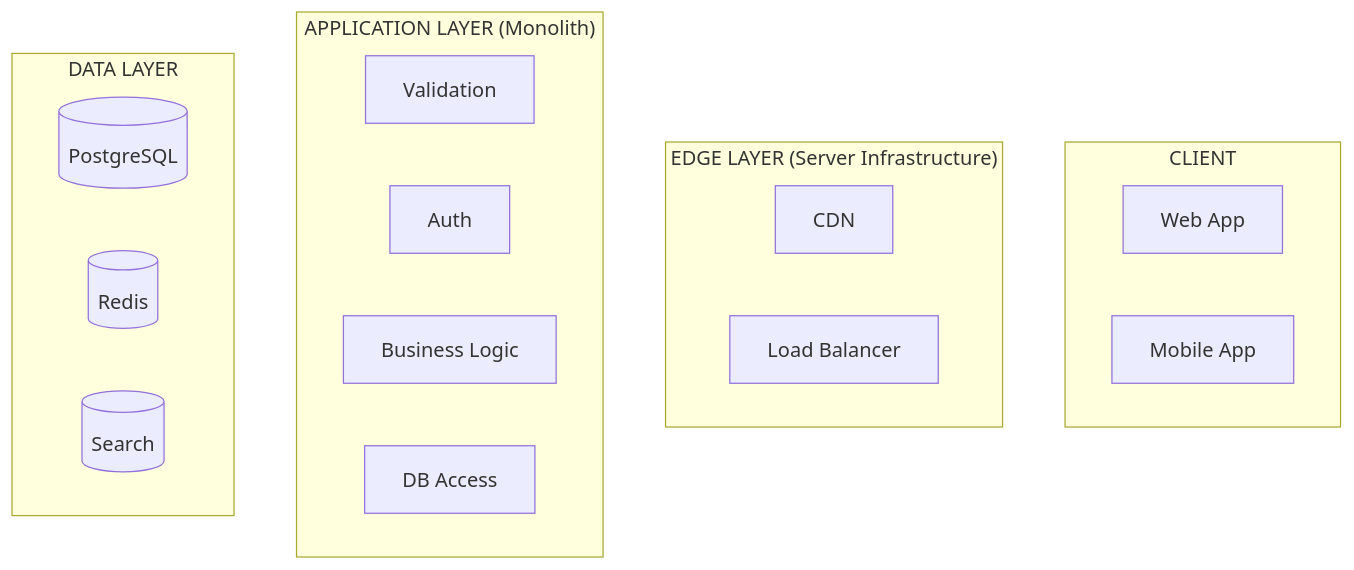
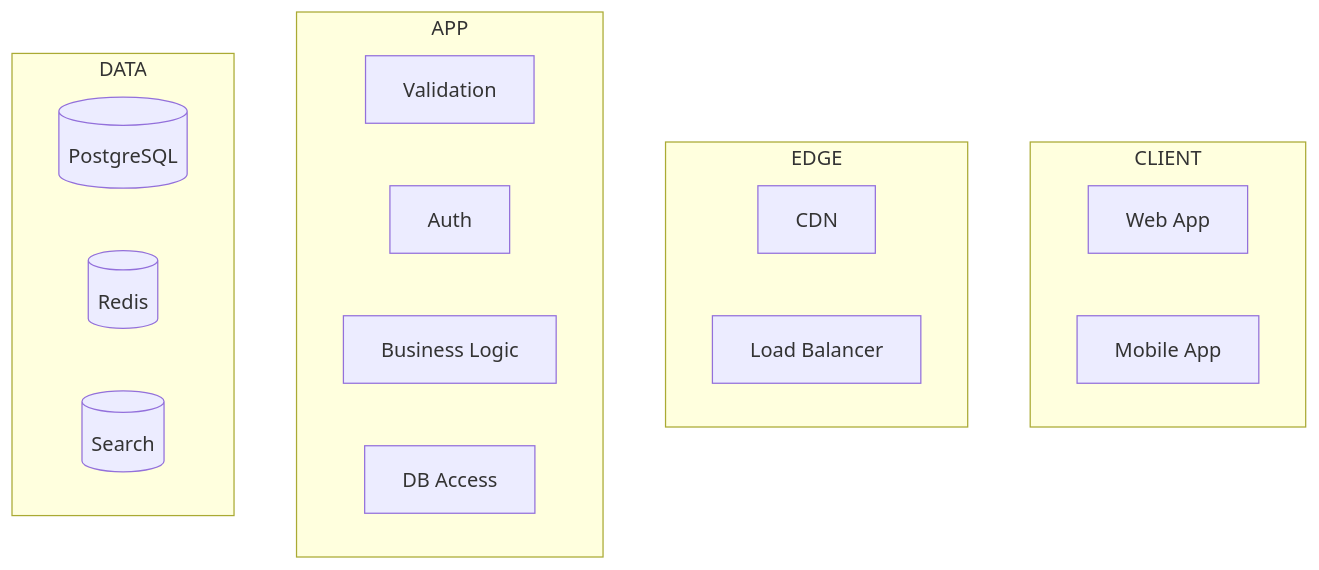
The third of 3 diagrams in monolith/philosophy.md (software-engineering-projects/enterprise-backend-development), drawn with Mermaid before and after one commit. The commit also changed other lines of this file, not shown here.

````diff
--- a/monolith/philosophy.md
+++ b/monolith/philosophy.md
@@ -234,26 +235,26 @@
 ```mermaid
 graph TD
 
 subgraph CLIENT
 A[Web App]
 B[Mobile App]
 end
 
-subgraph EDGE["EDGE LAYER (Server Infrastructure)"]
+subgraph EDGE
 C[CDN]
 D[Load Balancer]
 end
 
-subgraph APP["APPLICATION LAYER (Monolith)"]
+subgraph APP
 E[Validation]
 F[Auth]
 G[Business Logic]
 H[DB Access]
 end
 
-subgraph DATA["DATA LAYER"]
+subgraph DATA
 I[(PostgreSQL)]
 J[(Redis)]
 K[(Search)]
 end
 ```
````
